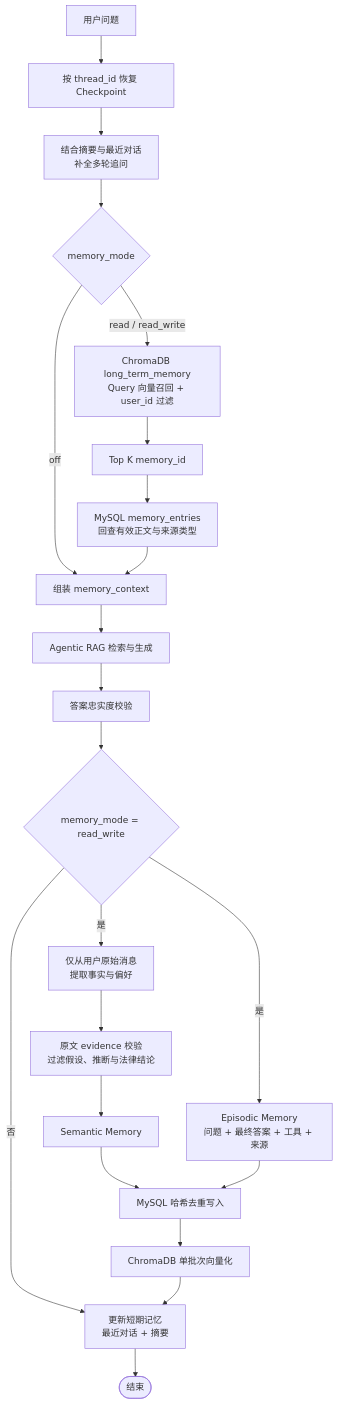
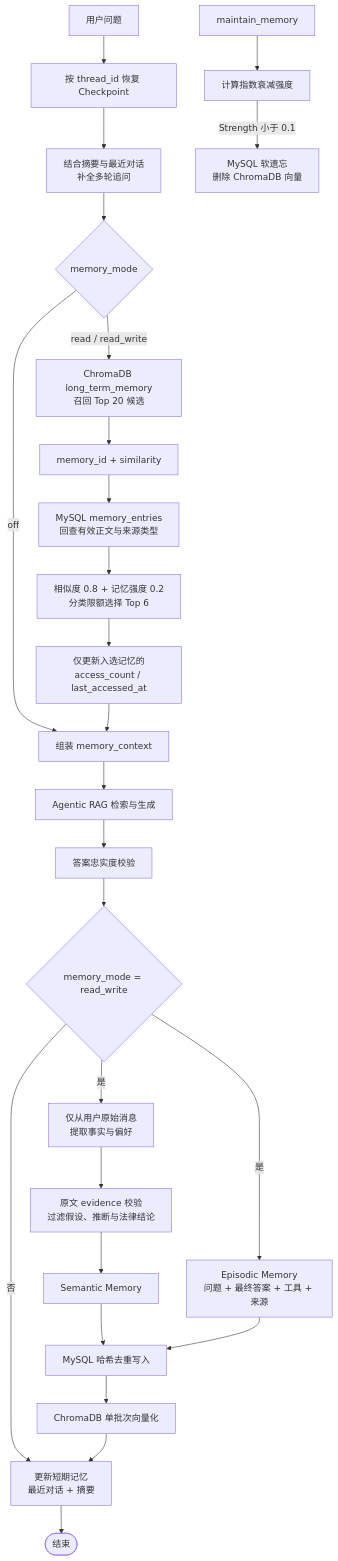
The fourth of 8 diagrams in README.md (Leo8150/LawRAG), drawn with Mermaid before and after one commit. The commit also changed other lines of this file and 8 other files, not shown here.

````diff
--- a/README.md
+++ b/README.md
@@ -653,24 +654,28 @@
 ```mermaid
 flowchart TD
     Q[用户问题] --> CP[按 thread_id 恢复 Checkpoint]
     CP --> RESOLVE[结合摘要与最近对话<br/>补全多轮追问]
     RESOLVE --> MODE{memory_mode}
     MODE -->|off| MERGE[组装 memory_context]
-    MODE -->|read / read_write| VECTOR[ChromaDB long_term_memory<br/>Query 向量召回 + user_id 过滤]
-    VECTOR --> IDS[Top K memory_id]
+    MODE -->|read / read_write| VECTOR[ChromaDB long_term_memory<br/>召回 Top 20 候选]
+    VECTOR --> IDS[memory_id + similarity]
     IDS --> MYSQL[MySQL memory_entries<br/>回查有效正文与来源类型]
-    MYSQL --> MERGE
+    MYSQL --> SCORE[相似度 0.8 + 记忆强度 0.2<br/>分类限额选择 Top 6]
+    SCORE --> ACCESS[仅更新入选记忆的<br/>access_count / last_accessed_at]
+    ACCESS --> MERGE
     MERGE --> RAG[Agentic RAG 检索与生成]
     RAG --> CHECK[答案忠实度校验]
     CHECK --> WRITE{memory_mode = read_write}
     WRITE -->|否| SHORT[更新短期记忆<br/>最近对话 + 摘要]
     WRITE -->|是| EXTRACT[仅从用户原始消息<br/>提取事实与偏好]
     EXTRACT --> GUARD[原文 evidence 校验<br/>过滤假设、推断与法律结论]
     GUARD --> SEM[Semantic Memory]
     WRITE -->|是| EPI[Episodic Memory<br/>问题 + 最终答案 + 工具 + 来源]
     SEM --> UPSERT[MySQL 哈希去重写入]
     EPI --> UPSERT
     UPSERT --> INDEX[ChromaDB 单批次向量化]
     INDEX --> SHORT
     SHORT --> END([结束])
+    MAINTAIN[maintain_memory] --> DECAY[计算指数衰减强度]
+    DECAY -->|Strength 小于 0.1| FORGET[MySQL 软遗忘<br/>删除 ChromaDB 向量]
 ```
````
